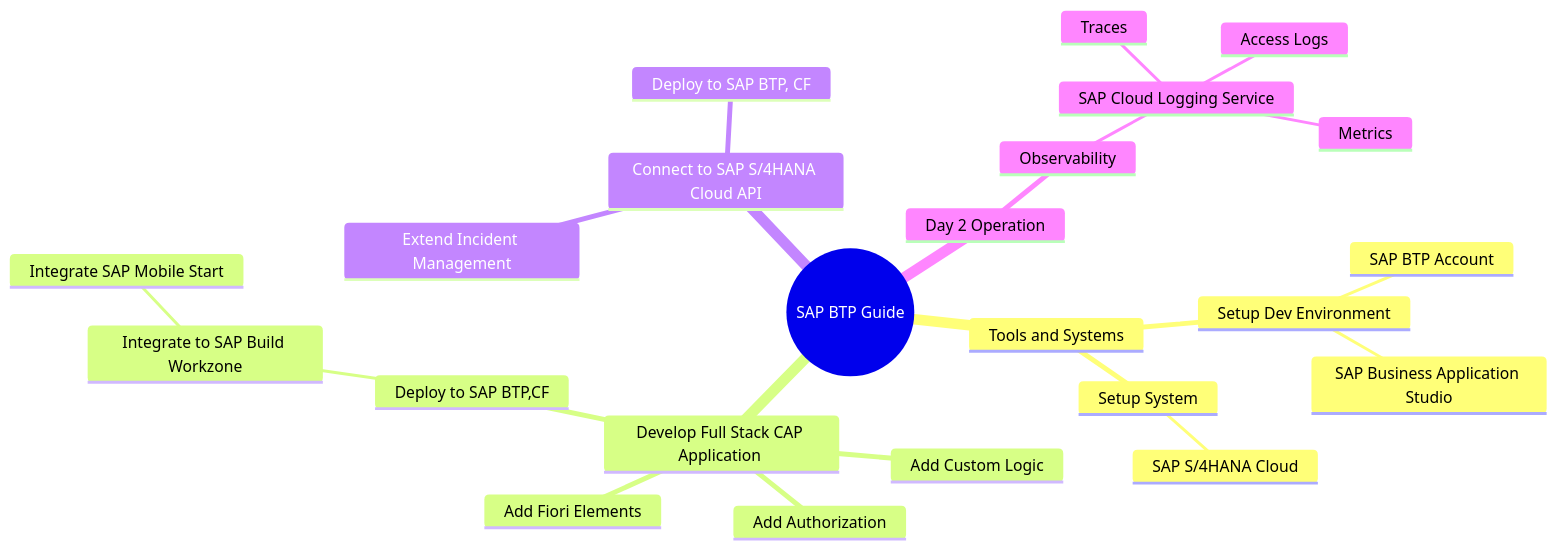
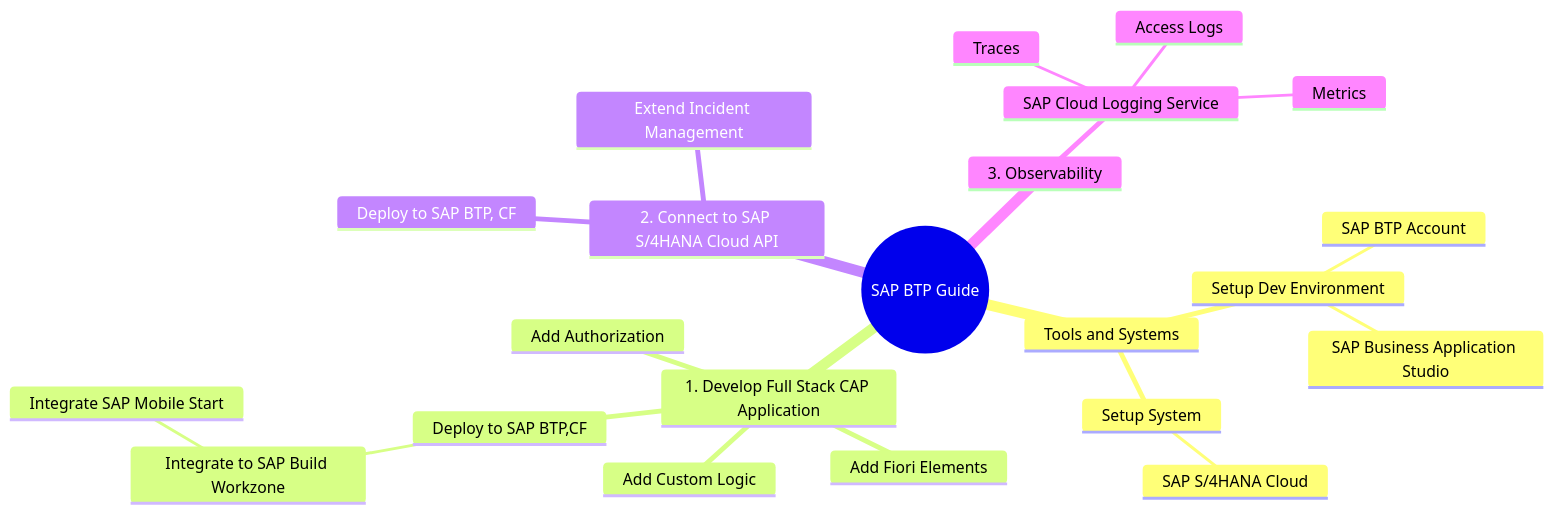
Before and after one commit to SAP-samples/btp-end-to-end-scenario-use-cases: the first of 4 diagrams in topic3/README.md, drawn with Mermaid.

````diff
--- a/topic3/README.md
+++ b/topic3/README.md
@@ -9,26 +9,25 @@
 ```mermaid
    mindmap
   root((SAP BTP Guide))
     Tools and Systems
       Setup Dev Environment
         SAP BTP Account
         SAP Business Application Studio
       Setup System   
         SAP S/4HANA Cloud
-    Develop Full Stack CAP Application 
+    1. Develop Full Stack CAP Application 
       Add Custom Logic
       Add Fiori Elements
       Add Authorization
       Deploy to SAP BTP,CF
         Integrate to SAP Build Workzone
           Integrate SAP Mobile Start
-    Connect to SAP S/4HANA Cloud API
+    2. Connect to SAP S/4HANA Cloud API
       Extend Incident Management
       Deploy to SAP BTP, CF
-    Day 2 Operation
-      Observability
-        SAP Cloud Logging Service
-          Access Logs
-          Metrics
-          Traces
+    3. Observability
+      SAP Cloud Logging Service
+        Access Logs
+        Metrics
+        Traces
 ```
````
